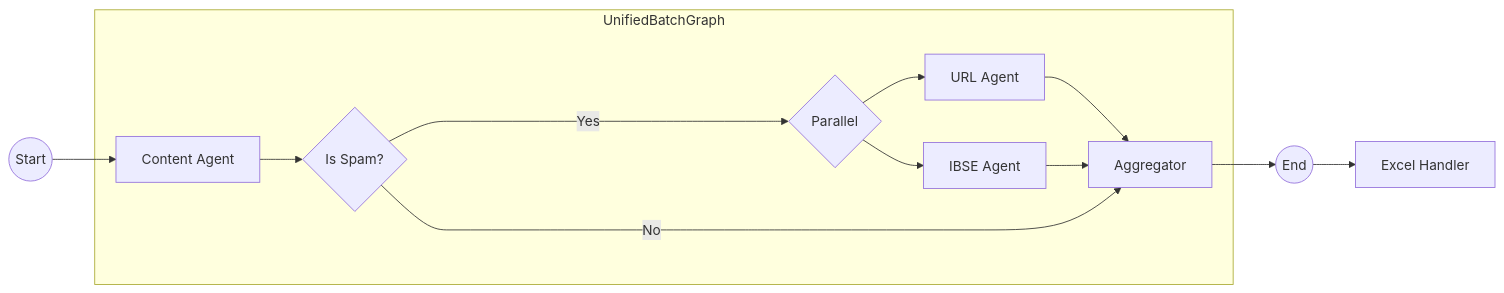
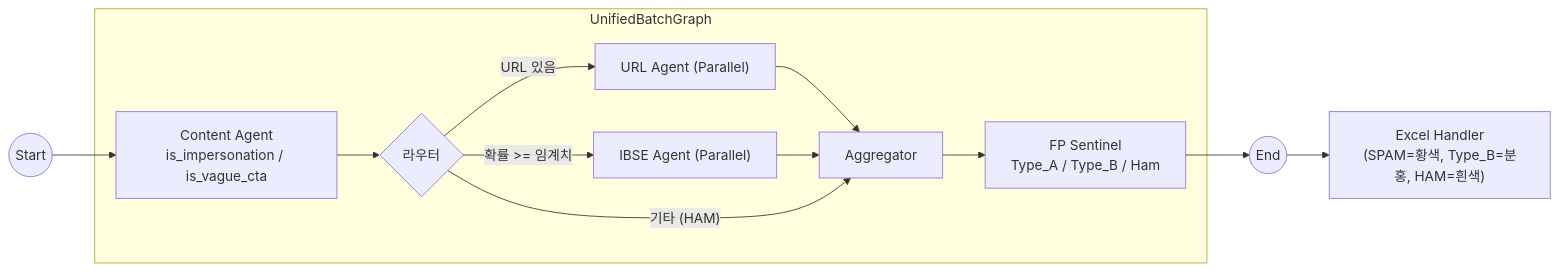
Before and after one commit to jay365-code/spam-detector: the second of 2 diagrams in docs/README.md, drawn with Mermaid. The commit also changed other lines of this file and 266 other files, not shown here.

First line of the commit message:
feat: FP Sentinel 고도화 - is_vague_cta 신호 추가 및 룰셋 재정비

````diff
--- a/docs/README.md
+++ b/docs/README.md
@@ -99,23 +119,26 @@
 ```mermaid
 graph LR
-    Start((Start)) --> Content["Content Agent"]
+    Start((Start)) --> Content["Content Agent<br/>is_impersonation / is_vague_cta"]
 
     subgraph UnifiedBatchGraph
-        Content --> Check{"Is Spam?"}
+        Content --> Router{라우터}
         
-        %% 병렬 처리 (Parallel Execution)
-        Check -- Yes --> Parallel{Parallel}
-        Parallel --> URL["URL Agent"]
-        Parallel --> IBSE["IBSE Agent"]
+        %% URL 분기
+        Router -- "URL 있음" --> URL["URL Agent (Parallel)"]
         
-        %% 결과 통합 (Aggregator)
+        %% IBSE 분기
+        Router -- "확률 >= 임계치" --> IBSE["IBSE Agent (Parallel)"]
+        
+        %% 결과 대기 및 통합
         URL --> Aggregator[Aggregator]
         IBSE --> Aggregator
         
-        %% 스팸이 아닌 경우 바로 통합
-        Check -- No ------------------> Aggregator
+        %% 아무 조건도 안 맞으면 (URL 없음 & HAM) 바로 이동
+        Router -- "기타 (HAM)" --> Aggregator
+        
+        Aggregator --> FPS["FP Sentinel<br/>Type_A / Type_B / Ham"]
     end
 
-    Aggregator --> End((End))
-    End --> Excel["Excel Handler"]
+    FPS --> End((End))
+    End --> Excel["Excel Handler<br/>(SPAM=황색, Type_B=분홍, HAM=흰색)"]
 ```
````
